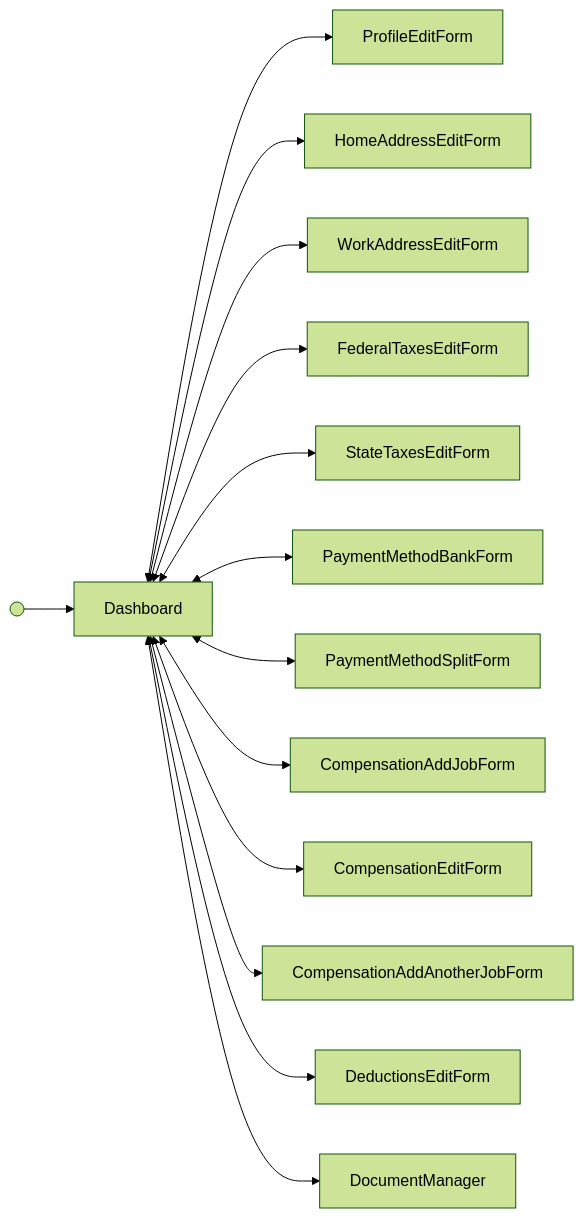
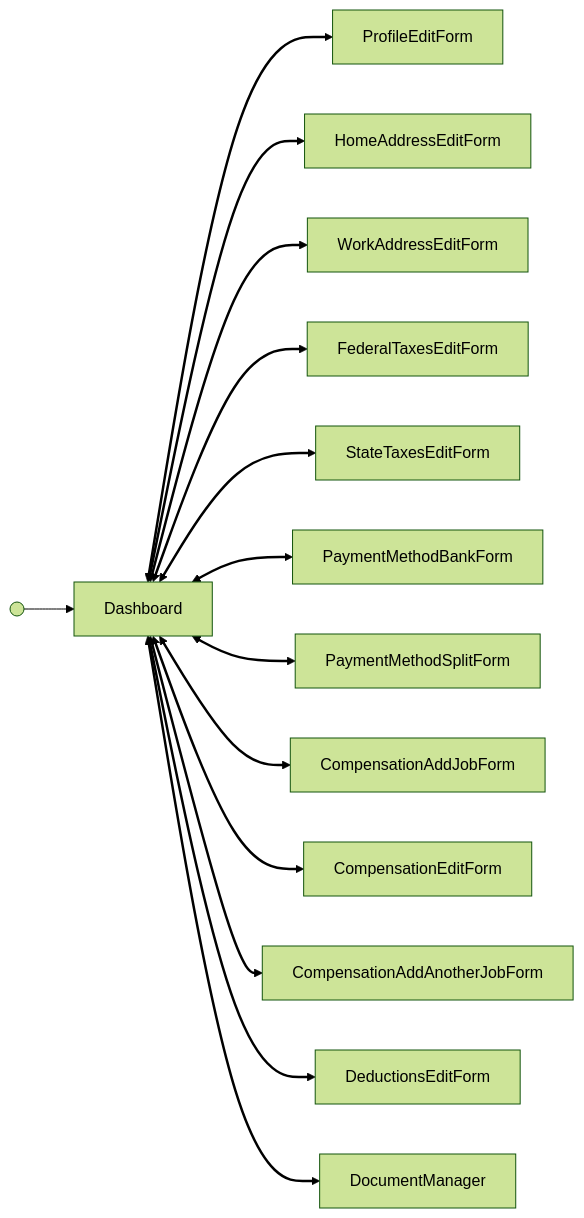
The diagram in docs/reference/employee/management/dashboard-flow.md (Gusto/embedded-react-sdk), drawn with Mermaid (forest theme) before and after one commit. The commit also changed 8 other files, not shown here.

First line of the commit message:
docs(payroll,time-off): rebuild step diagrams as hub-and-spoke

````diff
--- a/docs/reference/employee/management/dashboard-flow.md
+++ b/docs/reference/employee/management/dashboard-flow.md
@@ -158,16 +158,17 @@
 ```mermaid
 flowchart LR
   start@{ shape: sm-circ } --> Dashboard
   Dashboard <--> ProfileEditForm
   Dashboard <--> HomeAddressEditForm
   Dashboard <--> WorkAddressEditForm
   Dashboard <--> FederalTaxesEditForm
   Dashboard <--> StateTaxesEditForm
   Dashboard <--> PaymentMethodBankForm
   Dashboard <--> PaymentMethodSplitForm
   Dashboard <--> CompensationAddJobForm
   Dashboard <--> CompensationEditForm
   Dashboard <--> CompensationAddAnotherJobForm
   Dashboard <--> DeductionsEditForm
   Dashboard <--> DocumentManager
+  linkStyle 1,2,3,4,5,6,7,8,9,10,11,12 stroke-width:2.5px
 ```
````
